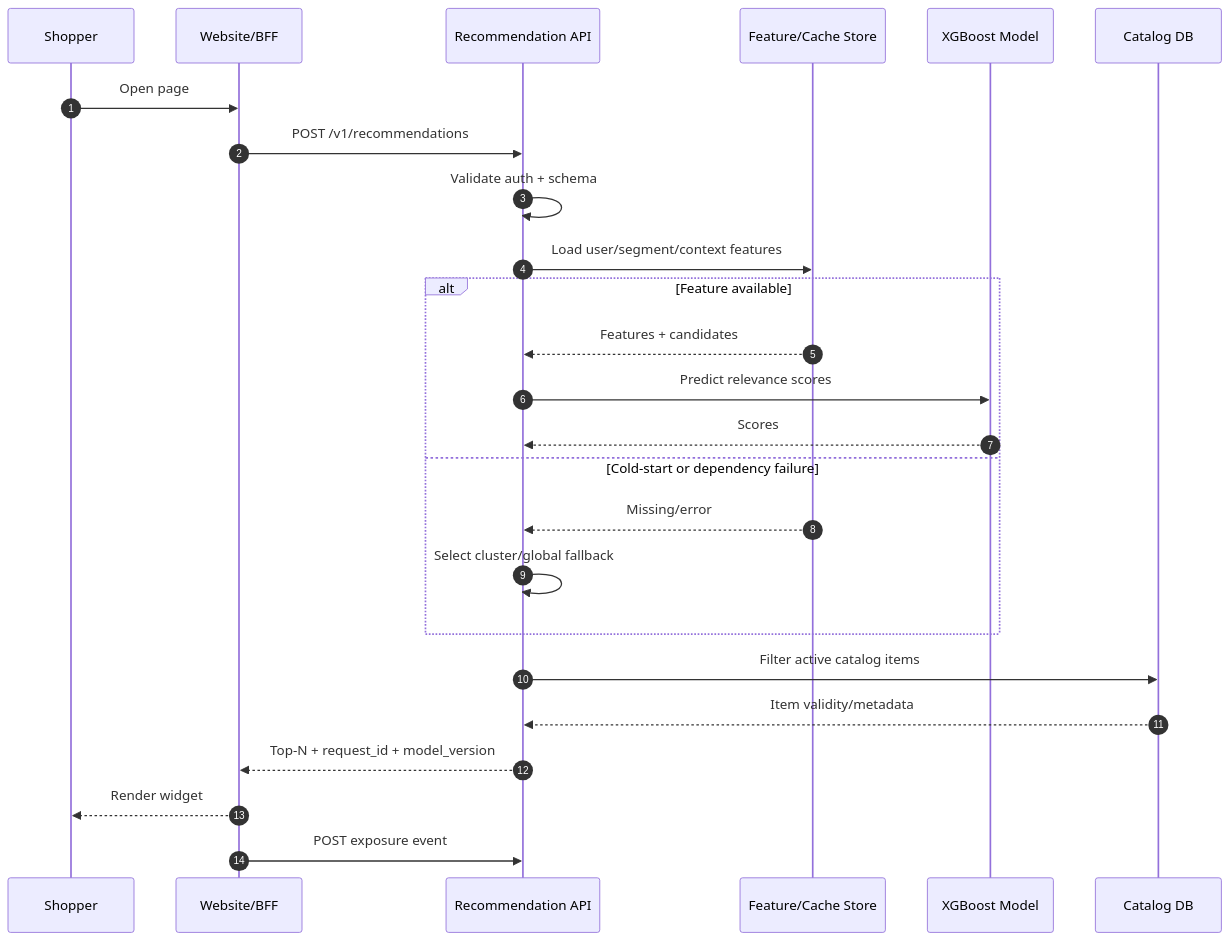
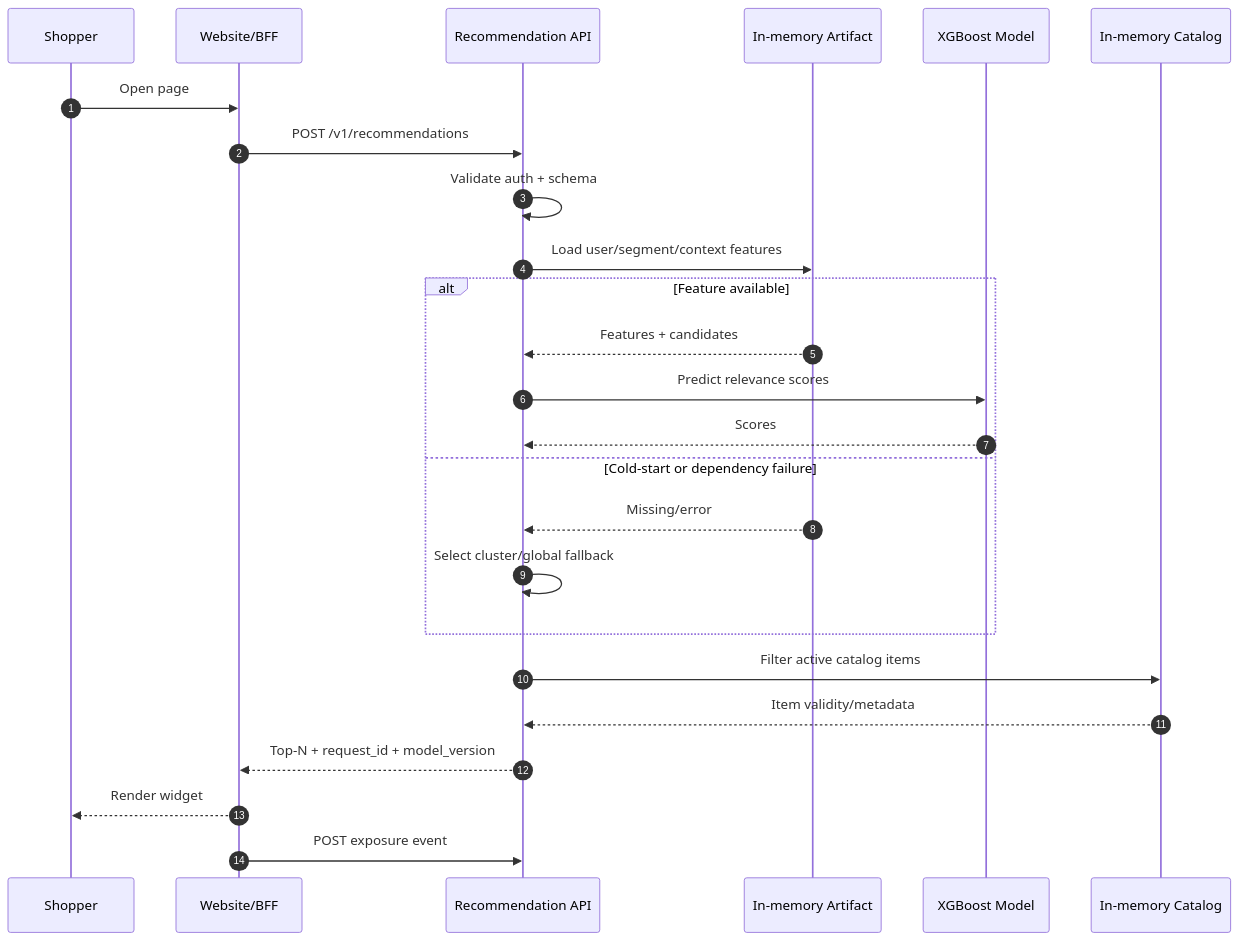
Before and after one commit to nmtrucworking/recobridge: the second of 4 diagrams in docs/03_ARCHITECTURE/02_Data_Flow_and_Sequence_Diagrams.md, drawn with Mermaid. The commit also changed other lines of this file and 24 other files, not shown here.

Commit message:
feat: update governance and architecture documentation, add MVP baseline and implementation backlog

````diff
--- a/docs/03_ARCHITECTURE/02_Data_Flow_and_Sequence_Diagrams.md
+++ b/docs/03_ARCHITECTURE/02_Data_Flow_and_Sequence_Diagrams.md
@@ -35,28 +35,28 @@
 ```mermaid
 sequenceDiagram
     autonumber
     participant U as Shopper
     participant W as Website/BFF
     participant R as Recommendation API
-    participant F as Feature/Cache Store
+    participant F as In-memory Artifact
     participant M as XGBoost Model
-    participant C as Catalog DB
+    participant C as In-memory Catalog
 
     U->>W: Open page
     W->>R: POST /v1/recommendations
     R->>R: Validate auth + schema
     R->>F: Load user/segment/context features
     alt Feature available
       F-->>R: Features + candidates
       R->>M: Predict relevance scores
       M-->>R: Scores
     else Cold-start or dependency failure
       F-->>R: Missing/error
       R->>R: Select cluster/global fallback
     end
     R->>C: Filter active catalog items
     C-->>R: Item validity/metadata
     R-->>W: Top-N + request_id + model_version
     W-->>U: Render widget
     W->>R: POST exposure event
 ```
````
